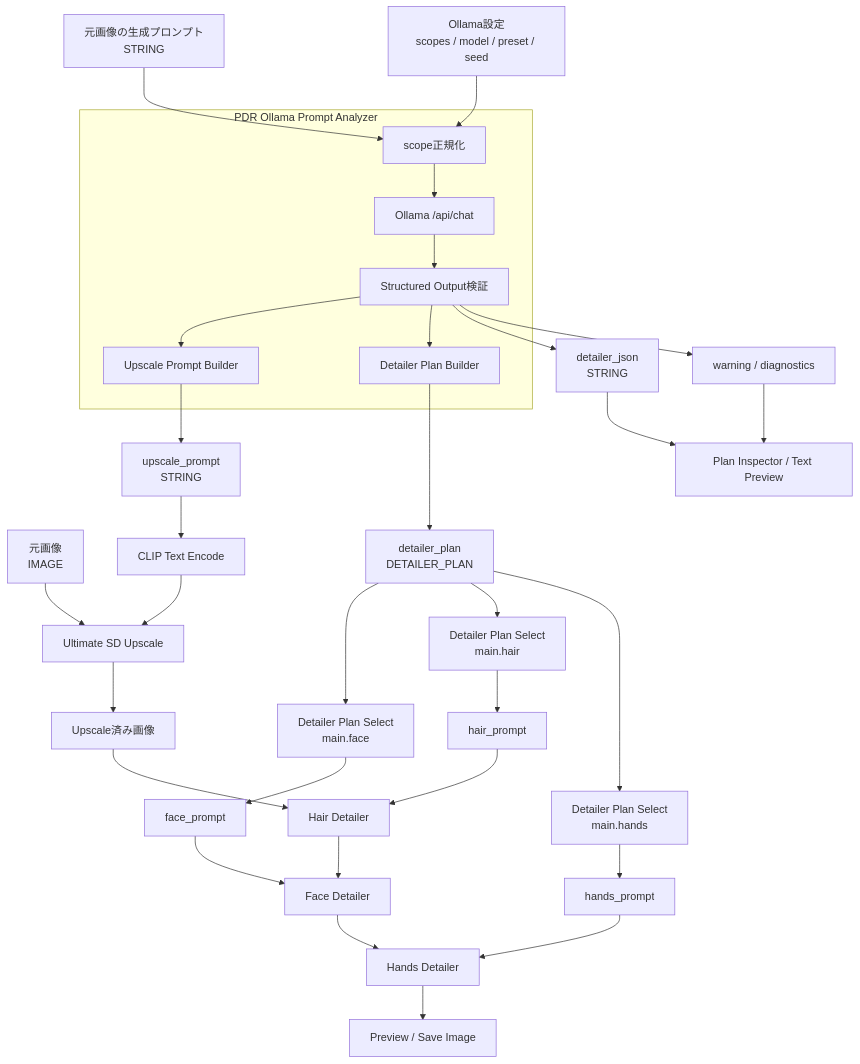
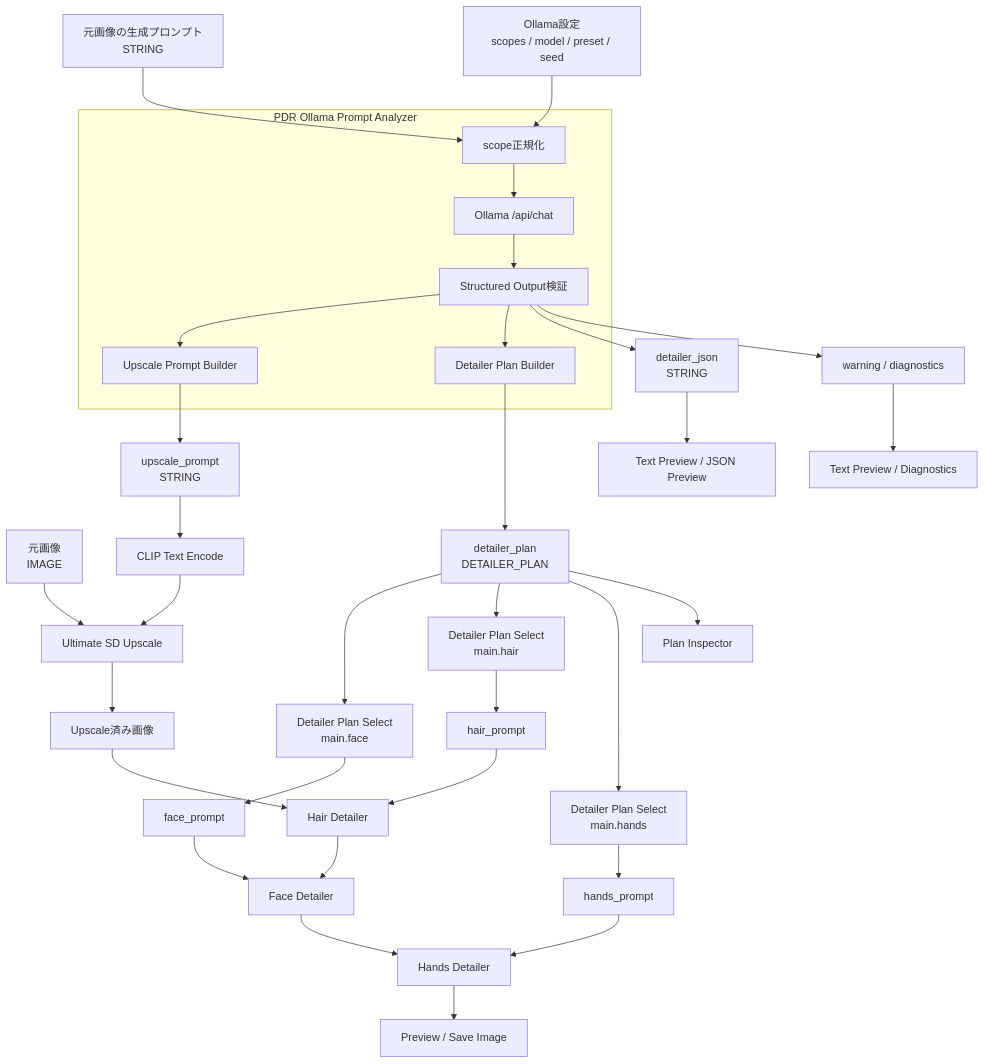
One commit to beastmaniaxxx/ComfyUI-Prompt-Detailer-Router changed the first of 3 diagrams in docs/requirements/requirements-design-reference.md. Above: the diagram before and after it, drawn with Mermaid. The commit also changed other lines of this file and 1 other file, not shown here.

Commit message:
docs: address PR review feedback

````diff
--- a/docs/requirements/requirements-design-reference.md
+++ b/docs/requirements/requirements-design-reference.md
@@ -201,51 +201,52 @@
 ```mermaid
 flowchart TD
     P["元画像の生成プロンプト<br/>STRING"]
     IMG["元画像<br/>IMAGE"]
     CFG["Ollama設定<br/>scopes / model / preset / seed"]
 
     subgraph ANALYZER["PDR Ollama Prompt Analyzer"]
         SCOPE["scope正規化"]
         OLLAMA["Ollama /api/chat"]
         VALIDATE["Structured Output検証"]
         UPSCALE_BUILD["Upscale Prompt Builder"]
         PLAN_BUILD["Detailer Plan Builder"]
 
         SCOPE --> OLLAMA
         OLLAMA --> VALIDATE
         VALIDATE --> UPSCALE_BUILD
         VALIDATE --> PLAN_BUILD
     end
 
     P --> SCOPE
     CFG --> SCOPE
 
     UPSCALE_BUILD --> UP["upscale_prompt<br/>STRING"]
     PLAN_BUILD --> PLAN["detailer_plan<br/>DETAILER_PLAN"]
     VALIDATE --> JSON["detailer_json<br/>STRING"]
     VALIDATE --> WARN["warning / diagnostics"]
 
     UP --> UENC["CLIP Text Encode"]
     UENC --> USD["Ultimate SD Upscale"]
     IMG --> USD
     USD --> UIMG["Upscale済み画像"]
 
     PLAN --> SF["Detailer Plan Select<br/>main.face"]
     PLAN --> SH["Detailer Plan Select<br/>main.hair"]
     PLAN --> SA["Detailer Plan Select<br/>main.hands"]
 
     SF --> FP["face_prompt"]
     SH --> HP["hair_prompt"]
     SA --> AP["hands_prompt"]
 
     UIMG --> HD["Hair Detailer"]
     HP --> HD
     HD --> FD["Face Detailer"]
     FP --> FD
     FD --> AD["Hands Detailer"]
     AP --> AD
     AD --> OUT["Preview / Save Image"]
 
-    JSON --> INSPECT["Plan Inspector / Text Preview"]
-    WARN --> INSPECT
+    PLAN --> INSPECT["Plan Inspector"]
+    JSON --> JSONVIEW["Text Preview / JSON Preview"]
+    WARN --> WARNVIEW["Text Preview / Diagnostics"]
 ```
````
